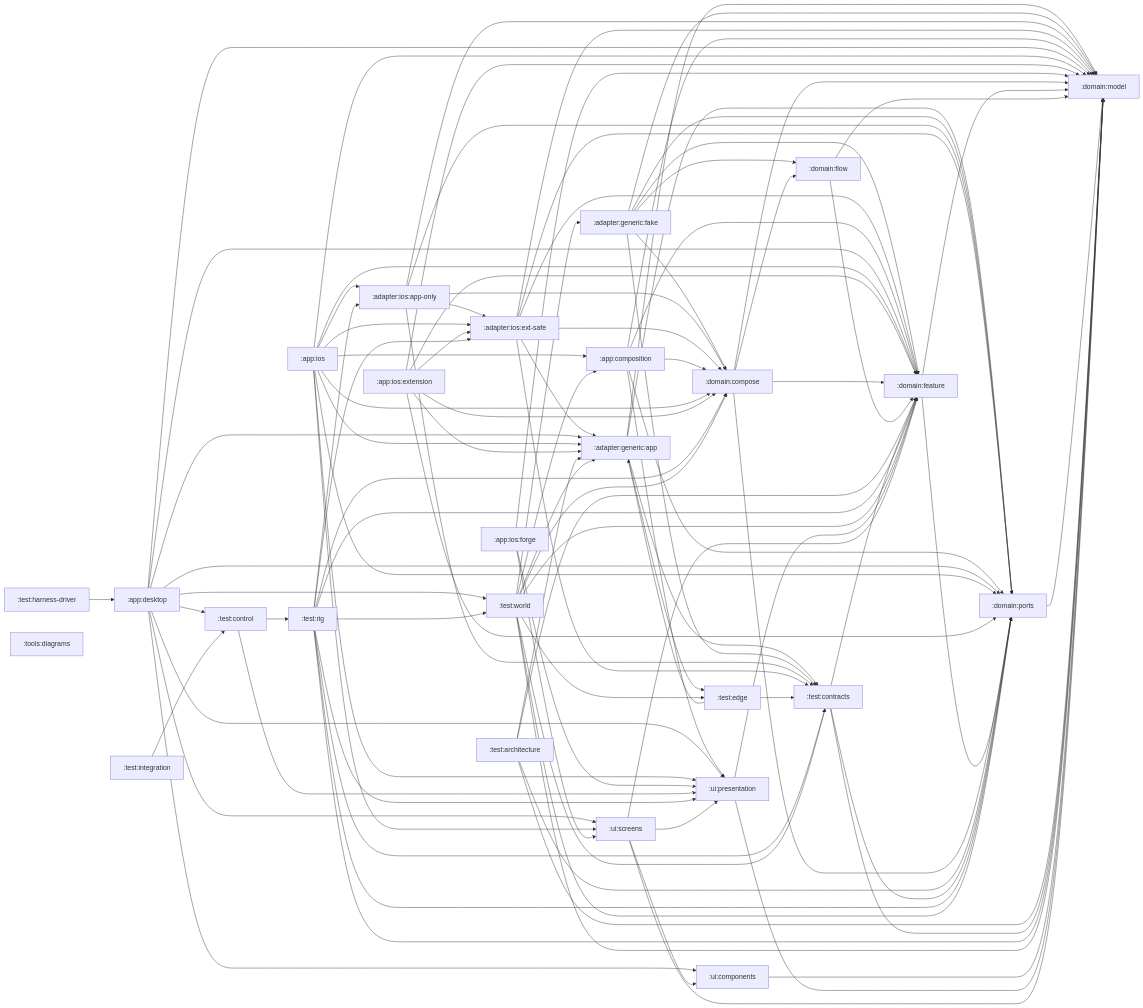
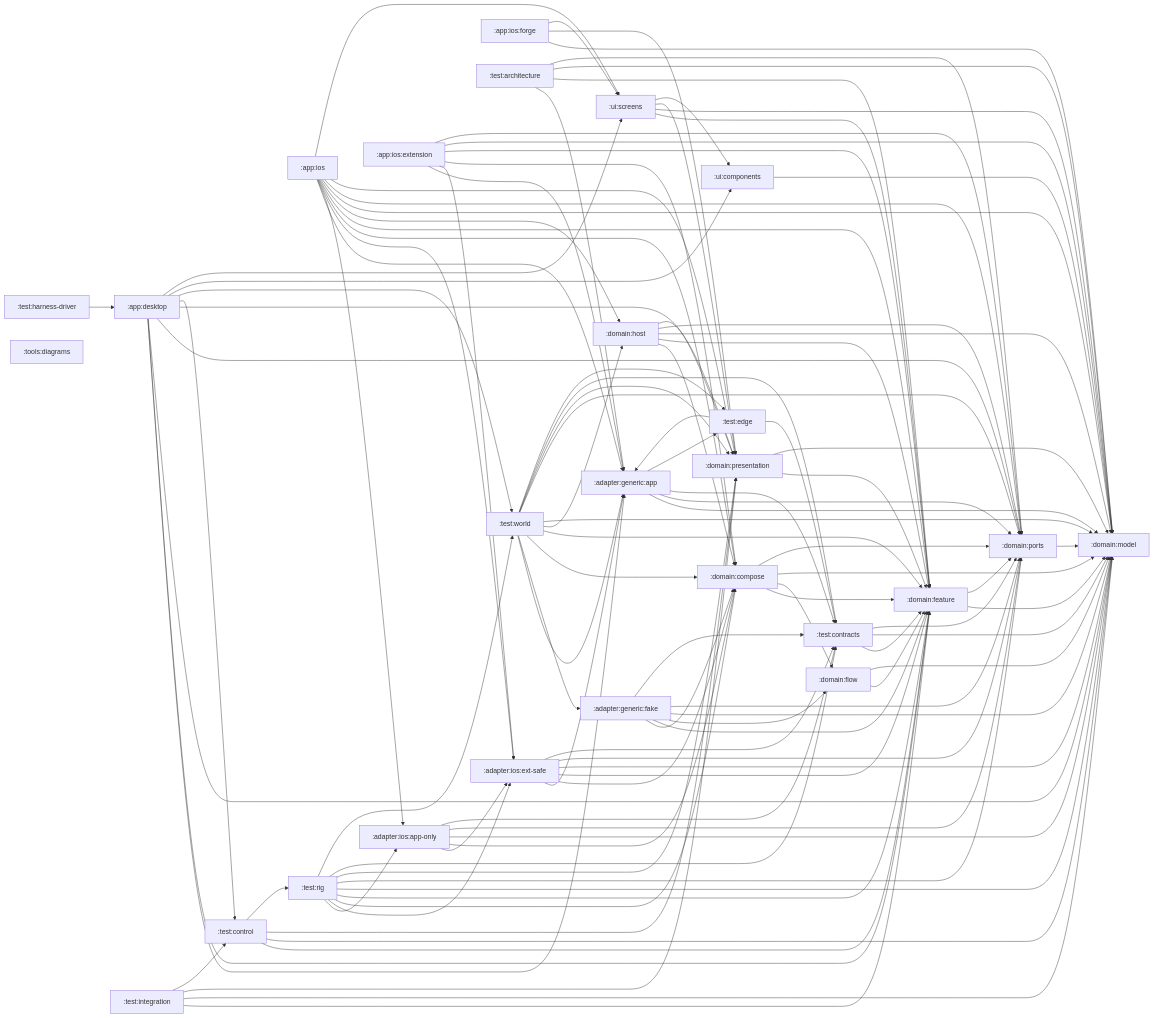
The diagram in architecture/modules.md (stefanhoelzl/SnapSync), drawn with Mermaid before and after one commit. The commit also changed 6 other files, not shown here.

Commit message:
internal(architecture-diagrams): regenerate for the two new zones; update the module map

````diff
--- a/architecture/modules.md
+++ b/architecture/modules.md
@@ -13,7 +13,6 @@
   adapter_generic_fake[":adapter:generic:fake"]
   adapter_ios_app_only[":adapter:ios:app-only"]
   adapter_ios_ext_safe[":adapter:ios:ext-safe"]
-  app_composition[":app:composition"]
   app_desktop[":app:desktop"]
   app_ios[":app:ios"]
   app_ios_extension[":app:ios:extension"]
@@ -21,8 +20,10 @@
   domain_compose[":domain:compose"]
   domain_feature[":domain:feature"]
   domain_flow[":domain:flow"]
+  domain_host[":domain:host"]
   domain_model[":domain:model"]
   domain_ports[":domain:ports"]
+  domain_presentation[":domain:presentation"]
   test_architecture[":test:architecture"]
   test_contracts[":test:contracts"]
   test_control[":test:control"]
@@ -33,7 +34,6 @@
   test_world[":test:world"]
   tools_diagrams[":tools:diagrams"]
   ui_components[":ui:components"]
-  ui_presentation[":ui:presentation"]
   ui_screens[":ui:screens"]
   adapter_generic_app --> domain_model
   adapter_generic_app --> domain_ports
@@ -56,29 +56,24 @@
   adapter_ios_ext_safe --> domain_model
   adapter_ios_ext_safe --> domain_ports
   adapter_ios_ext_safe --> test_contracts
-  app_composition --> domain_compose
-  app_composition --> domain_feature
-  app_composition --> domain_model
-  app_composition --> domain_ports
-  app_composition --> ui_presentation
   app_desktop --> adapter_generic_app
   app_desktop --> domain_feature
   app_desktop --> domain_model
   app_desktop --> domain_ports
+  app_desktop --> domain_presentation
   app_desktop --> test_control
   app_desktop --> test_world
   app_desktop --> ui_components
-  app_desktop --> ui_presentation
   app_desktop --> ui_screens
   app_ios --> adapter_generic_app
   app_ios --> adapter_ios_app_only
   app_ios --> adapter_ios_ext_safe
-  app_ios --> app_composition
   app_ios --> domain_compose
   app_ios --> domain_feature
+  app_ios --> domain_host
   app_ios --> domain_model
   app_ios --> domain_ports
-  app_ios --> ui_presentation
+  app_ios --> domain_presentation
   app_ios --> ui_screens
   app_ios_extension --> adapter_generic_app
   app_ios_extension --> adapter_ios_ext_safe
@@ -87,7 +82,7 @@
   app_ios_extension --> domain_model
   app_ios_extension --> domain_ports
   app_ios_forge --> domain_model
-  app_ios_forge --> ui_presentation
+  app_ios_forge --> domain_presentation
   app_ios_forge --> ui_screens
   domain_compose --> domain_feature
   domain_compose --> domain_flow
@@ -97,7 +92,14 @@
   domain_feature --> domain_ports
   domain_flow --> domain_feature
   domain_flow --> domain_model
+  domain_host --> domain_compose
+  domain_host --> domain_feature
+  domain_host --> domain_model
+  domain_host --> domain_ports
+  domain_host --> domain_presentation
   domain_ports --> domain_model
+  domain_presentation --> domain_feature
+  domain_presentation --> domain_model
   test_architecture --> adapter_generic_app
   test_architecture --> domain_feature
   test_architecture --> domain_model
@@ -105,11 +107,16 @@
   test_contracts --> domain_feature
   test_contracts --> domain_model
   test_contracts --> domain_ports
+  test_control --> domain_feature
+  test_control --> domain_model
+  test_control --> domain_presentation
   test_control --> test_rig
-  test_control --> ui_presentation
   test_edge --> adapter_generic_app
   test_edge --> test_contracts
   test_harness_driver --> app_desktop
+  test_integration --> domain_feature
+  test_integration --> domain_model
+  test_integration --> domain_presentation
   test_integration --> test_control
   test_rig --> adapter_ios_app_only
   test_rig --> adapter_ios_ext_safe
@@ -117,23 +124,22 @@
   test_rig --> domain_feature
   test_rig --> domain_model
   test_rig --> domain_ports
+  test_rig --> domain_presentation
   test_rig --> test_contracts
   test_rig --> test_world
-  test_rig --> ui_presentation
   test_world --> adapter_generic_app
   test_world --> adapter_generic_fake
-  test_world --> app_composition
   test_world --> domain_compose
   test_world --> domain_feature
+  test_world --> domain_host
   test_world --> domain_model
   test_world --> domain_ports
+  test_world --> domain_presentation
   test_world --> test_contracts
   test_world --> test_edge
   ui_components --> domain_model
-  ui_presentation --> domain_feature
-  ui_presentation --> domain_model
   ui_screens --> domain_feature
   ui_screens --> domain_model
+  ui_screens --> domain_presentation
   ui_screens --> ui_components
-  ui_screens --> ui_presentation
 ```
````
